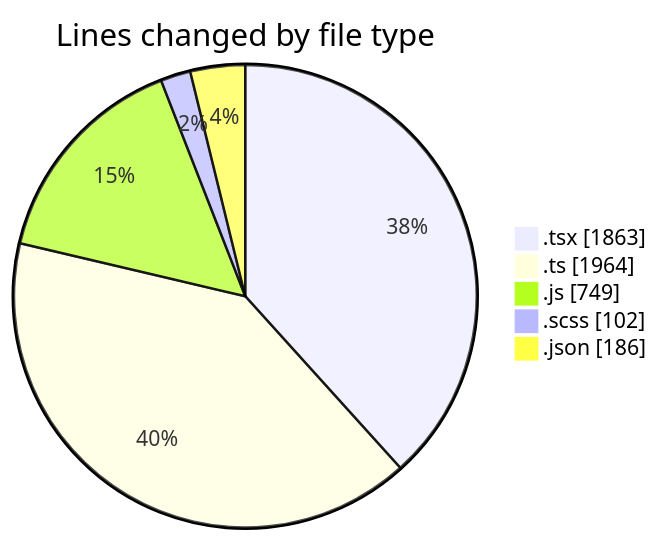
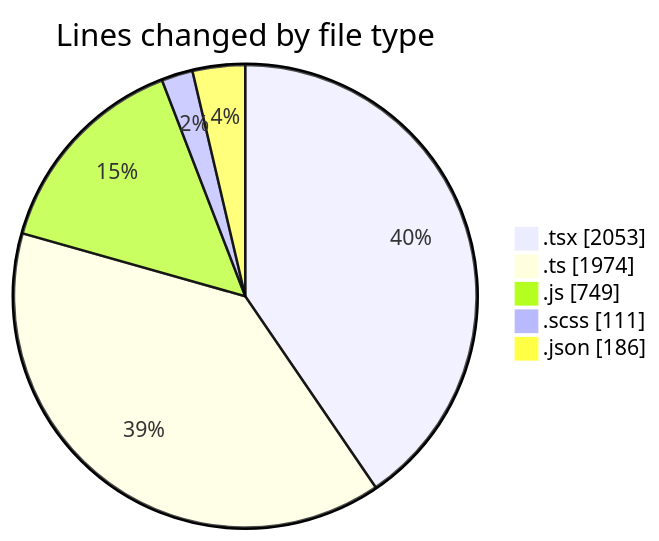
Before and after one commit to momahboobian/code-tracking: the first of 2 diagrams in 2026-06-11/cda/README.md, drawn with Mermaid. The commit also changed other lines of this file and 1 other file, not shown here.

````diff
--- a/2026-06-11/cda/README.md
+++ b/2026-06-11/cda/README.md
@@ -53,9 +53,9 @@
 ```mermaid
 pie showData
 title Lines changed by file type
-".tsx" : 1863
-".ts" : 1964
+".tsx" : 2053
+".ts" : 1974
 ".js" : 749
-".scss" : 102
+".scss" : 111
 ".json" : 186
 ```
````
